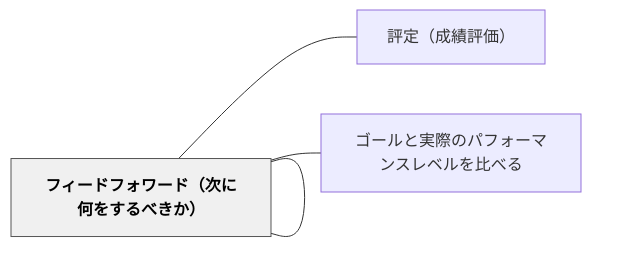
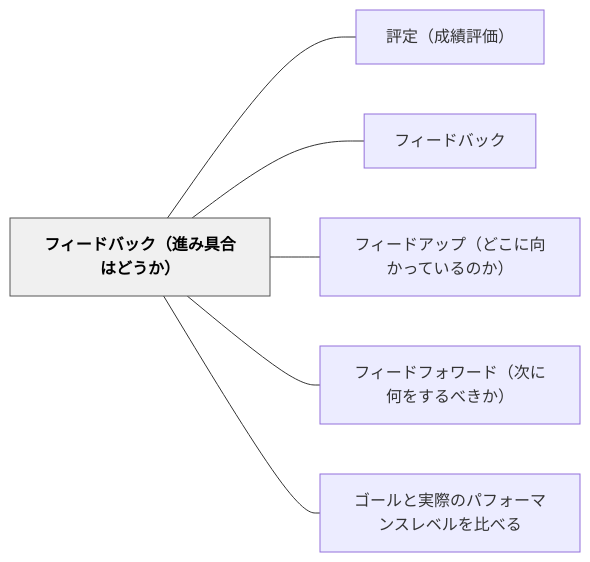
One commit to unknownthings-ed-patterns/unknownthings-ed-patterns changed the diagram in content/パタン/フィードバック（進み具合はどうか）.md. Above: the diagram before and after it, drawn with Mermaid. The commit also changed 527 other files, not shown here.

````diff
--- a/content/パタン/フィードバック（進み具合はどうか）.md
+++ b/content/パタン/フィードバック（進み具合はどうか）.md
@@ -52,18 +52,18 @@
 ```mermaid
 flowchart LR
-    ne38395e382a3["フィードバック（進み具合はどうか）"]
-    ne8a995e5ae9a["評定（成績評価）"]
-    ne38395e382a3["フィードバック"]
-    ne38395e382a3["フィードアップ（どこに向かっているのか）"]
-    ne38395e382a3["フィードフォワード（次に何をするべきか）"]
-    ne382b4e383bc["ゴールと実際のパフォーマンスレベルを比べる"]
+    ne38395e382a3e383bce38389e38390e38383e382afefbc88e980b2e381bfe585b7e59088e381afe381a9e38186e3818befbc89["フィードバック（進み具合はどうか）"]
+    ne8a995e5ae9aefbc88e68890e7b8bee8a995e4bea1efbc89["評定（成績評価）"]
+    ne38395e382a3e383bce38389e38390e38383e382af["フィードバック"]
+    ne38395e382a3e383bce38389e382a2e38383e38397efbc88e381a9e38193e381abe59091e3818be381a3e381a6e38184e3828be381aee3818befbc89["フィードアップ（どこに向かっているのか）"]
+    ne38395e382a3e383bce38389e38395e382a9e383afe383bce38389efbc88e6aca1e381abe4bd95e38292e38199e3828be381b9e3818de3818befbc89["フィードフォワード（次に何をするべきか）"]
+    ne382b4e383bce383abe381a8e5ae9fe99a9be381aee38391e38395e382a9e383bce3839ee383b3e382b9e383ace38399e383abe38292e6af94e381b9e3828b["ゴールと実際のパフォーマンスレベルを比べる"]
 
-    ne38395e382a3 --- ne8a995e5ae9a
-    ne38395e382a3 --- ne38395e382a3
-    ne38395e382a3 --- ne38395e382a3
-    ne38395e382a3 --- ne38395e382a3
-    ne38395e382a3 --- ne382b4e383bc
+    ne38395e382a3e383bce38389e38390e38383e382afefbc88e980b2e381bfe585b7e59088e381afe381a9e38186e3818befbc89 --- ne8a995e5ae9aefbc88e68890e7b8bee8a995e4bea1efbc89
+    ne38395e382a3e383bce38389e38390e38383e382afefbc88e980b2e381bfe585b7e59088e381afe381a9e38186e3818befbc89 --- ne38395e382a3e383bce38389e38390e38383e382af
+    ne38395e382a3e383bce38389e38390e38383e382afefbc88e980b2e381bfe585b7e59088e381afe381a9e38186e3818befbc89 --- ne38395e382a3e383bce38389e382a2e38383e38397efbc88e381a9e38193e381abe59091e3818be381a3e381a6e38184e3828be381aee3818befbc89
+    ne38395e382a3e383bce38389e38390e38383e382afefbc88e980b2e381bfe585b7e59088e381afe381a9e38186e3818befbc89 --- ne38395e382a3e383bce38389e38395e382a9e383afe383bce38389efbc88e6aca1e381abe4bd95e38292e38199e3828be381b9e3818de3818befbc89
+    ne38395e382a3e383bce38389e38390e38383e382afefbc88e980b2e381bfe585b7e59088e381afe381a9e38186e3818befbc89 --- ne382b4e383bce383abe381a8e5ae9fe99a9be381aee38391e38395e382a9e383bce3839ee383b3e382b9e383ace38399e383abe38292e6af94e381b9e3828b
 
     classDef hub fill:#f0f0f0,stroke:#555,color:#000,font-weight:bold
-    class ne38395e382a3 hub
+    class ne38395e382a3e383bce38389e38390e38383e382afefbc88e980b2e381bfe585b7e59088e381afe381a9e38186e3818befbc89 hub
 ```
````
